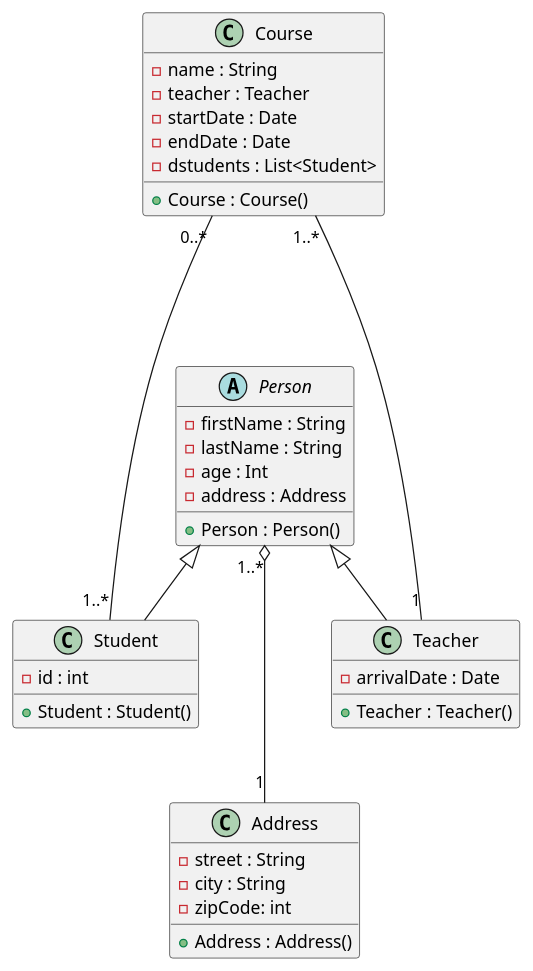
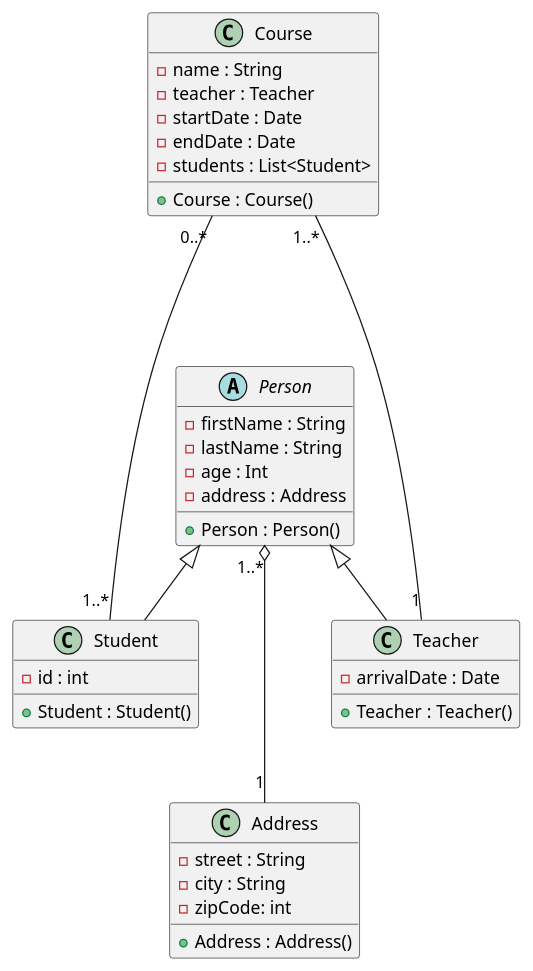
The diagram in doc/DiagramClass.puml (john7440/GestionEcole---Groupe), drawn with PlantUML before and after one commit.

Commit message:
Correction d'une faute d'orthographe dans le diagramme de classe

```diff
--- a/doc/DiagramClass.puml
+++ b/doc/DiagramClass.puml
@@ -1,47 +1,47 @@
 @startuml
 
 abstract class  Person{
     - firstName : String
     - lastName : String
     - age : Int
     - address : Address
 
     + Person : Person()
 }
 
 class Address{
     - street : String
     - city : String
     - zipCode: int
 
     + Address : Address()
 }
 
 class Student extends Person{
     - id : int
 
     + Student : Student()
 }
 
 class Teacher extends Person{
     - arrivalDate : Date
 
     + Teacher : Teacher()
 }
 
 class Course{
     - name : String
     - teacher : Teacher
     - startDate : Date
     - endDate : Date
-    - dstudents : List<Student>
+    - students : List<Student>
 
     + Course : Course()
 }
 
 Person "1..*" o--- "1" Address
 Course "1..*" ---- "1" Teacher
 Course "0..*" ---- "1..*" Student
 
 
 @enduml
```
